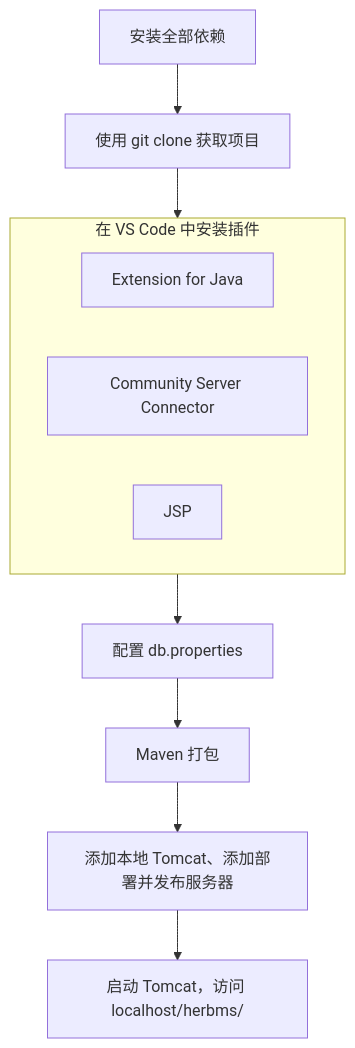
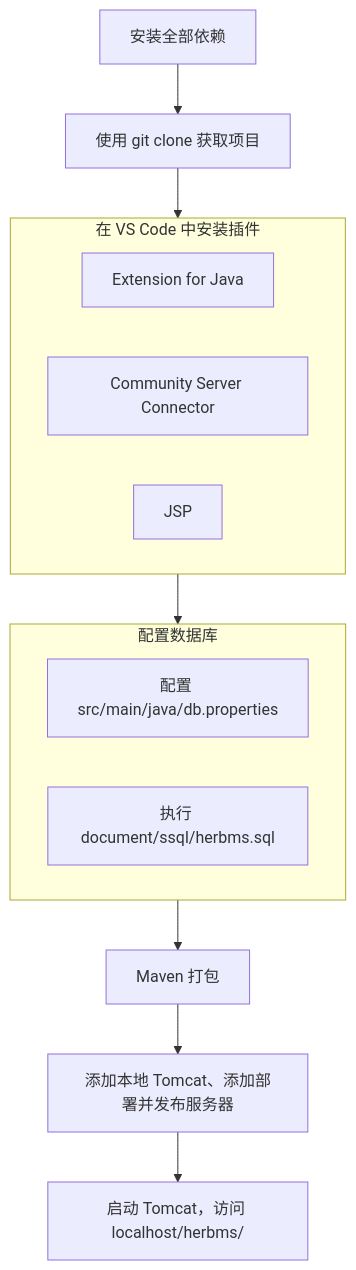
Before and after one commit to penyoofficial/HerbMS-BE: the diagram in README.md, drawn with Mermaid. The commit also changed 7 other files, not shown here.

````diff
--- a/README.md
+++ b/README.md
@@ -20,15 +20,19 @@
 ```mermaid
 graph
   s1["安装全部依赖"]
   -->s2["使用 git clone 获取项目"]
   -->s3
-  -->s4["配置 db.properties"]
+  -->s4
   -->s5["Maven 打包"]
   -->s6["添加本地 Tomcat、添加部署并发布服务器"]
   -->s7["启动 Tomcat，访问 localhost/herbms/"]
   subgraph s3["在 VS Code 中安装插件"]
     s3.1["Extension for Java"]
     s3.2["Community Server Connector"]
     s3.3["JSP"]
   end
+  subgraph s4["配置数据库"]
+    s4.1["配置 src/main/java/db.properties"]
+    s4.2["执行 document/ssql/herbms.sql"]
+  end
 ```
````
